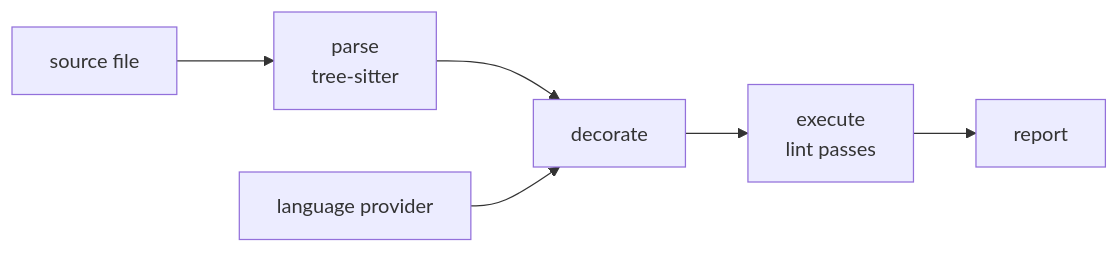
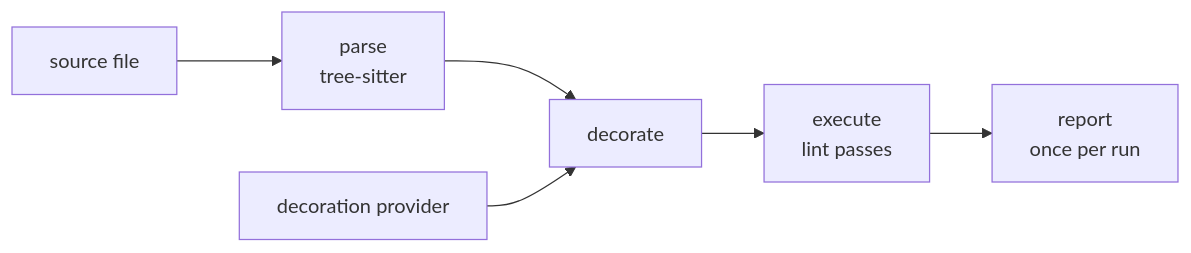
One commit to aonyx-ai/whisker changed the diagram in ARCHITECTURE.md. Above: the diagram before and after it, drawn with Mermaid. The commit also changed other lines of this file and 1 other file, not shown here.

````diff
--- a/ARCHITECTURE.md
+++ b/ARCHITECTURE.md
@@ -34,8 +34,8 @@
 ```mermaid
 flowchart LR
     src[source file] --> parse[parse<br>tree-sitter]
     parse --> decorate[decorate]
-    lp[language provider] --> decorate
+    lp[decoration provider] --> decorate
     decorate --> execute[execute<br>lint passes]
-    execute --> report[report]
+    execute --> report[report<br>once per run]
 ```
````
